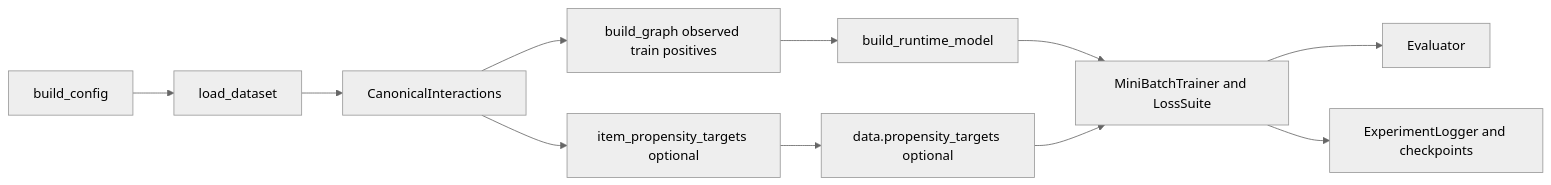
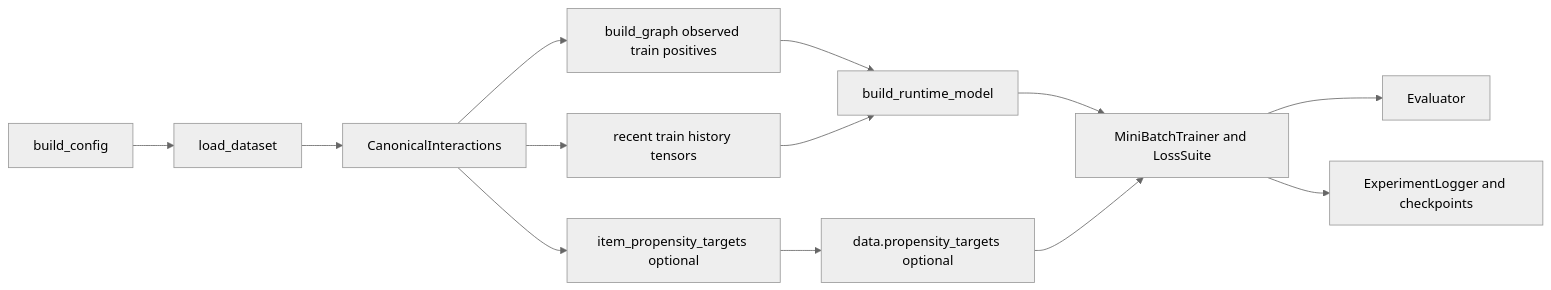
Before and after one commit to LazarosPan/Efficient-Disentangled-Graph-Recommender: the diagram in .agents/skills/edgrec-implementation/edgrec_full.md, drawn with Mermaid (neutral theme). The commit also changed other lines of this file and 112 other files, not shown here.

````diff
--- a/.agents/skills/edgrec-implementation/edgrec_full.md
+++ b/.agents/skills/edgrec-implementation/edgrec_full.md
@@ -19,13 +19,15 @@
 ```mermaid
 flowchart LR
     A[build_config] --> B[load_dataset]
     B --> C[CanonicalInteractions]
     C --> F[build_graph observed train positives]
     C --> I[item_propensity_targets optional]
+    C --> R[recent train history tensors]
     F --> J[build_runtime_model]
+    R --> J
     J --> K[MiniBatchTrainer and LossSuite]
     I --> L[data.propensity_targets optional]
     L --> K
     K --> M[Evaluator]
     K --> N[ExperimentLogger and checkpoints]
 ```
````
